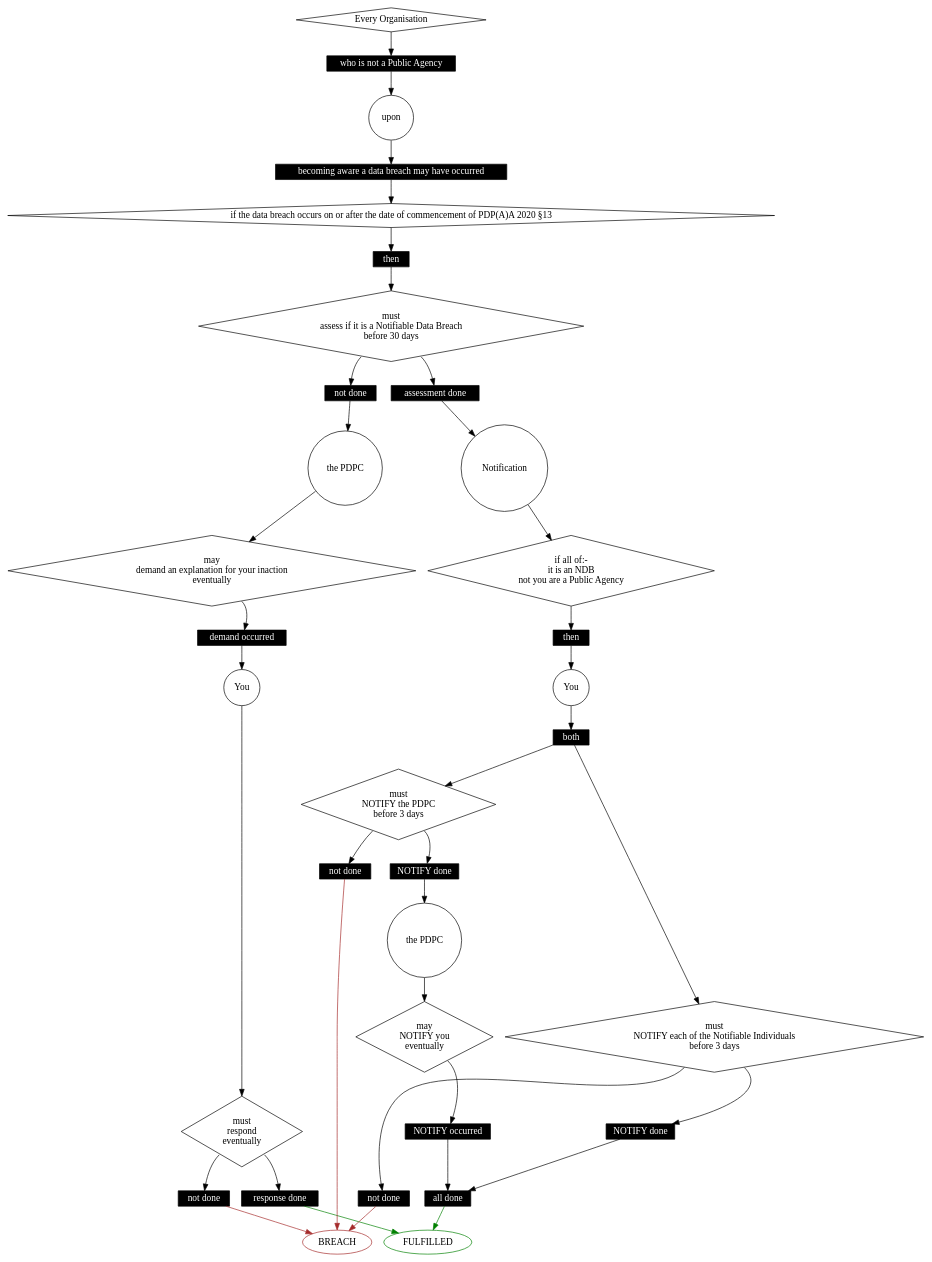
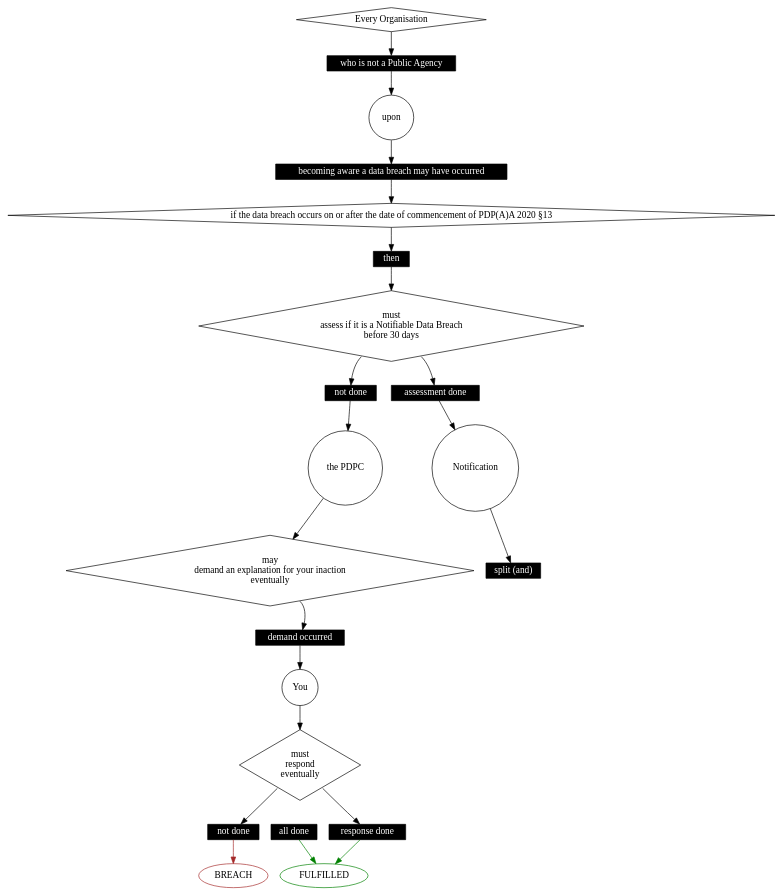
Before and after one commit to smucclaw/dsl: the diagram in lib/haskell/natural4/petri.dot, drawn with Graphviz. The commit also changed 5 other files, not shown here.

```diff
--- a/lib/haskell/natural4/petri.dot
+++ b/lib/haskell/natural4/petri.dot
@@ -1,159 +1,104 @@
 digraph {
     graph [compound=true];
     subgraph places {
         node [shape=circle];
         2 [label="Every Organisation"
           ,shape=diamond
           ,comment=IsFirstNode
           ,comment="OrigRL \"Assess\""
           ,comment=IsParty
           ,comment=IsParty];
         4 [label=upon,comment=IsUpon];
         6 [label="if the data breach occurs on or after the date of commencement of PDP(A)A 2020 §13"
           ,shape=diamond
           ,comment=IsCond];
         8 [label="must\nassess if it is a Notifiable Data Breach\nbefore 30 days"
           ,shape=diamond
           ,comment=IsDeon];
         11 [label=Notification
            ,comment=IsFirstNode
            ,comment=FromRuleAlias
            ,comment="OrigRL \"Notification\""];
         12 [label="the PDPC"
            ,comment=IsParty];
         13 [label="may\ndemand an explanation for your inaction\neventually"
            ,shape=diamond
            ,comment=IsDeon];
         15 [label=You,comment=IsParty];
         16 [label="must\nrespond\neventually"
            ,shape=diamond
            ,comment=IsDeon];
-        19 [label=You
-           ,comment=IsFirstNode
-           ,comment="OrigRL \"Notify PDPC\""
-           ,comment=IsParty
-           ,comment=IsParty];
-        20 [label="if all of:-\nit is an NDB\nnot you are a Public Agency"
-           ,shape=diamond
-           ,comment=IsCond];
-        22 [label="must\nNOTIFY the PDPC\nbefore 3 days"
-           ,shape=diamond
-           ,comment=IsDeon];
-        25 [label="the PDPC"
-           ,comment=IsParty];
-        26 [label="may\nNOTIFY you\neventually"
-           ,shape=diamond
-           ,comment=IsDeon];
-        31 [label="must\nNOTIFY each of the Notifiable Individuals\nbefore 3 days"
-           ,shape=diamond
-           ,comment=IsDeon];
     }
     subgraph transitions {
         node [shape=box
              ,height=0.2
              ,style=filled
              ,fillcolor=black
              ,fontcolor=white
              ,fontname=Monaco];
         3 [label="who is not a Public Agency"];
         5 [label="becoming aware a data breach may have occurred"
           ,comment=IsUpon
           ,comment=IsCond];
         7 [label=then,comment=IsThen];
         9 [label="assessment done"
           ,comment="Temporal \"before 30 days\""
           ,comment=IsLastHappy
           ,comment="OrigRL \"Assess\""];
         10 [label="not done"];
         14 [label="demand occurred"
            ,comment="Temporal \"eventually\""
            ,comment=IsLastHappy
            ,comment="OrigRL \"Assess\""];
         17 [label="response done"
            ,comment="Temporal \"eventually\""
            ,comment=IsLastHappy
            ,comment="OrigRL \"Assess\""];
         18 [label="not done"];
-        21 [label=then,comment=IsThen];
-        23 [label="NOTIFY done"
-           ,comment="Temporal \"before 3 days\""
-           ,comment=IsLastHappy
-           ,comment="OrigRL \"Notify PDPC\""];
-        24 [label="not done"];
-        27 [label="NOTIFY occurred"
-           ,comment="Temporal \"eventually\""
-           ,comment=IsLastHappy
-           ,comment="OrigRL \"Notify PDPC\""];
-        32 [label="NOTIFY done"
-           ,comment="Temporal \"before 3 days\""
-           ,comment=IsLastHappy
-           ,comment="OrigRL \"Notify Individuals\""];
-        33 [label="not done"];
-        34 [label=both
+        19 [label="split (and)"
            ,comment=IsInfra
            ,comment=IsAnd
            ,comment=IsSplit];
-        35 [label="all done"
+        20 [label="all done"
            ,comment=IsInfra
            ,comment=IsAnd
            ,comment=IsJoin];
     }
     subgraph breachfulfilled {
         graph [rank=same];
         0 [label=BREACH
           ,color=brown
           ,comment=IsInfra];
         1 [label=FULFILLED
           ,color=green
           ,comment=IsInfra];
     }
     0 -> 1 [comment="this will render as invisible, but will be on same rank"
            ,style=invis];
     2 -> 3;
     3 -> 4;
     4 -> 5;
     5 -> 6;
     6 -> 7;
     7 -> 8;
     8 -> 9 [tailport=se
            ,comment="southeast for positive"];
     8 -> 10 [tailport=sw
             ,comment="southwest for negative"];
     9 -> 11;
     10 -> 12;
-    11 -> 20 [comment="due to mergePetri"];
+    11 -> 19 [comment="added by split from parent node"];
     12 -> 13;
     13 -> 14 [tailport=se
              ,comment="southeast for positive"];
     14 -> 15;
     15 -> 16;
     16 -> 17 [tailport=se
              ,comment="southeast for positive"];
     16 -> 18 [tailport=sw
              ,comment="southwest for negative"];
     17 -> 1 [color=green];
     18 -> 0 [color=brown];
-    19 -> 34 [comment="due to mergePetri"];
-    20 -> 21 [comment="due to mergePetri"];
-    21 -> 19 [comment="due to mergePetri"];
-    22 -> 23 [tailport=se
-             ,comment="southeast for positive"];
-    22 -> 24 [tailport=sw
-             ,comment="southwest for negative"];
-    23 -> 25;
-    24 -> 0 [color=brown];
-    25 -> 26;
-    26 -> 27 [tailport=se
-             ,comment="southeast for positive"];
-    27 -> 35 [comment="added by join from tailnode"];
-    31 -> 32 [tailport=se
-             ,comment="southeast for positive"];
-    31 -> 33 [tailport=sw
-             ,comment="southwest for negative"];
-    32 -> 35 [comment="added by join from tailnode"];
-    33 -> 0 [color=brown];
-    34 -> 22 [comment="due to mergePetri"];
-    34 -> 31 [comment="due to mergePetri"];
-    35 -> 1 [color=green
+    20 -> 1 [color=green
             ,comment="added by join to fulfilledNode"];
 }
```
